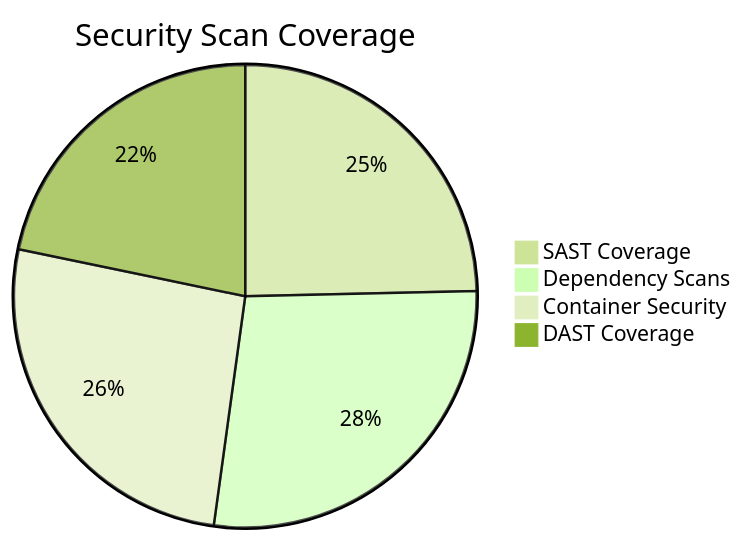
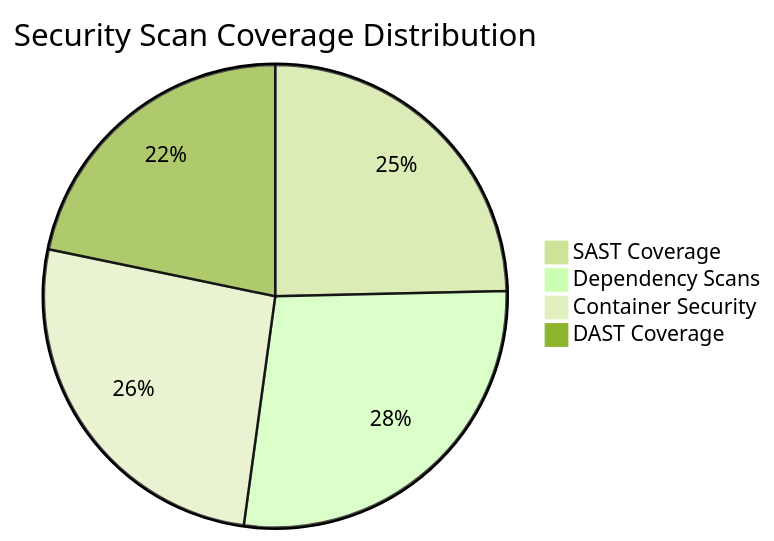
The seventh of 18 diagrams in README.md (apasupuleti79/CI-CD-with-DevSecOps), drawn with Mermaid (forest theme) before and after one commit. The commit also changed other lines of this file, not shown here.

````diff
--- a/README.md
+++ b/README.md
@@ -361,7 +424,7 @@
 ```mermaid
-pie title Security Scan Coverage
+pie title Security Scan Coverage Distribution
     "SAST Coverage" : 85
     "Dependency Scans" : 95
     "Container Security" : 90
     "DAST Coverage" : 75
 ```
````
